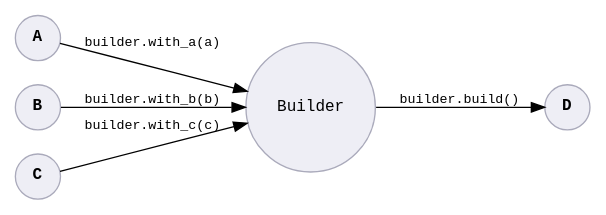
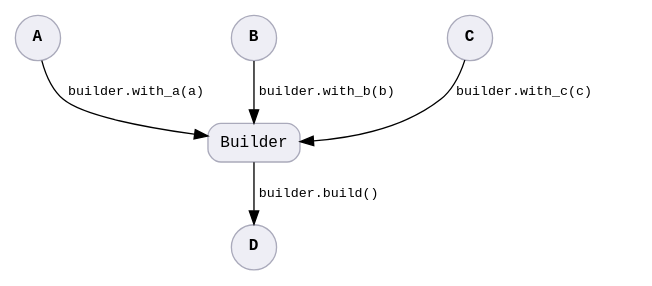
One commit to azriel91/bug_reducing_patterns changed the diagram in src/patterns/builder.md. Above: the diagram before and after it, drawn with Graphviz. The commit also changed other lines of this file and 18 other files, not shown here.

````diff
--- a/src/patterns/builder.md
+++ b/src/patterns/builder.md
@@ -5,32 +5,30 @@
 ```dot process
 digraph {
     node [
         shape     = circle
         style     = filled
         fontname  = "Monospace"
         fontsize  = 12
         color     = "#aaaabb"
         fillcolor = "#eeeef5"
         width     = 0.4
         height    = 0.4
     ]
     edge [
         fontname  = "Monospace"
         fontsize  = 10
     ]
 
-    rankdir = LR;
-
     a [label = <<b>A</b>>]
     b [label = <<b>B</b>>]
     c [label = <<b>C</b>>]
     d [label = <<b>D</b>>]
 
-    builder [label = "Builder"]
+    builder [label = "Builder", shape = rectangle, style = "rounded, filled"]
 
-    a -> builder [label = <builder.with_a(a)>]
-    b -> builder [label = <builder.with_b(b)>]
-    c -> builder [label = <builder.with_c(c)>]
-    builder -> d [label = <builder.build()>]
+    a -> builder [label = " builder.with_a(a)     "]
+    b -> builder [label = " builder.with_b(b)     "]
+    c -> builder [label = " builder.with_c(c)     "]
+    builder -> d [label = " builder.build()"]
 }
 ```
````
